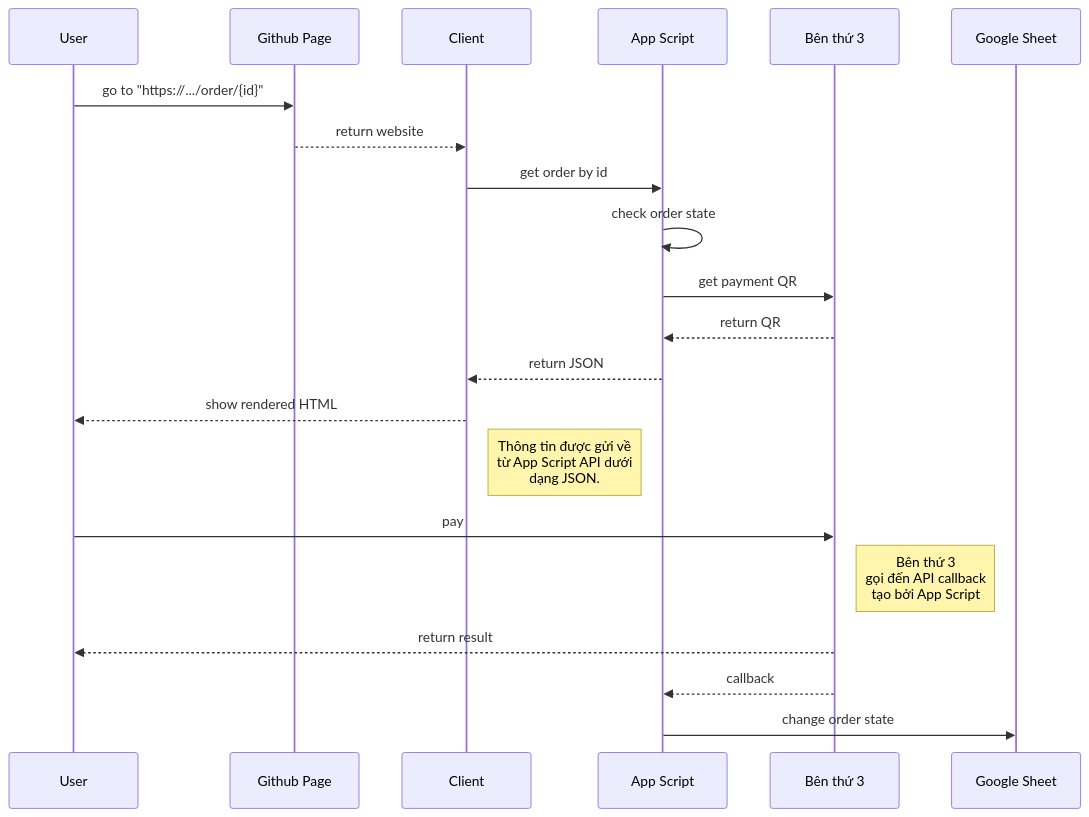
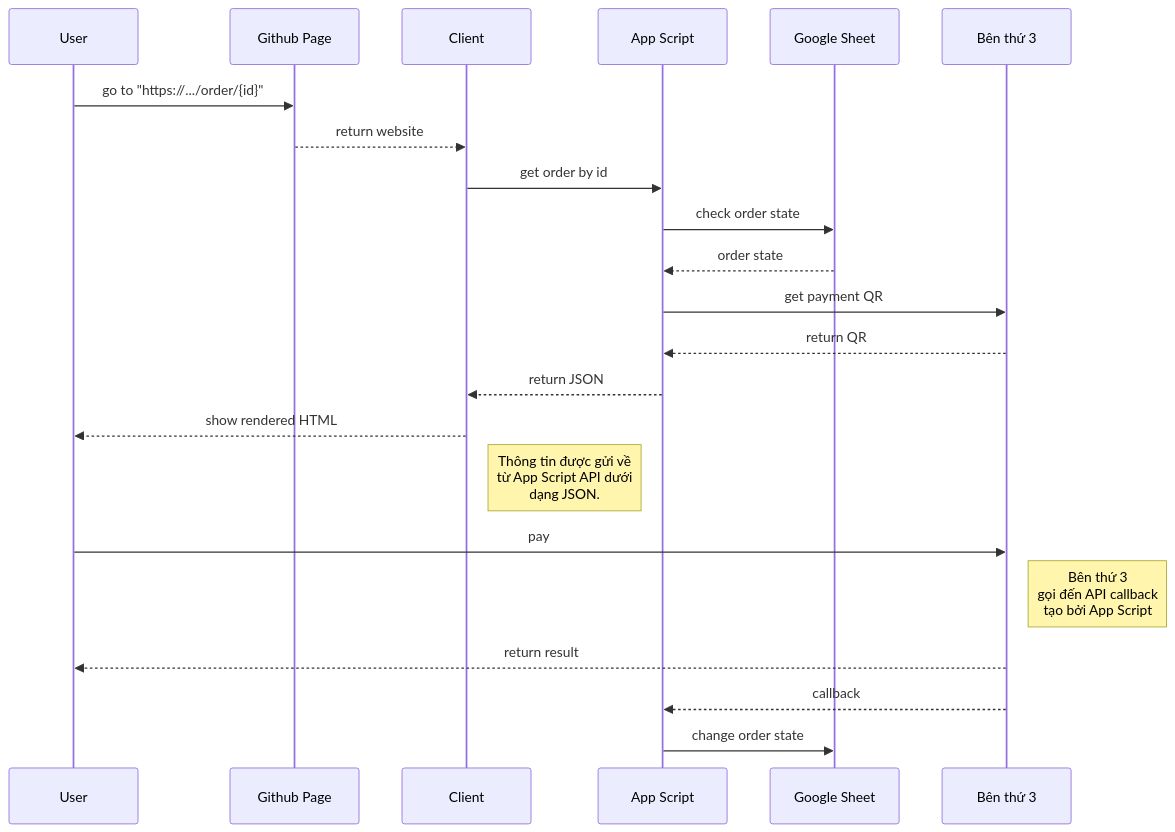
Before and after one commit to daovietanh190499/Shopsmon: the seventh of 7 diagrams in README.md, drawn with Mermaid.

````diff
--- a/README.md
+++ b/README.md
@@ -142,17 +142,18 @@
 ```mermaid
 sequenceDiagram
 User ->> Github Page: go to "https://.../order/{id}"
 Github Page -->> Client: return website
 Client ->> App Script: get order by id
-App Script ->> App Script: check order state
+App Script ->> Google Sheet: check order state
+Google Sheet -->> App Script: order state
 App Script ->> Bên thứ 3: get payment QR
 Bên thứ 3 -->> App Script: return QR
 App Script-->>Client: return JSON
 Client -->> User: show rendered HTML
 Note right of Client: Thông tin được gửi về <br/> từ App Script API dưới <br/> dạng JSON.
 User ->> Bên thứ 3: pay
 Note right of Bên thứ 3: Bên thứ 3 <br/> gọi đến API callback <br/> tạo bởi App Script
 Bên thứ 3 -->> User: return result
 Bên thứ 3 -->> App Script: callback
 App Script->>Google Sheet: change order state
 ```
````
